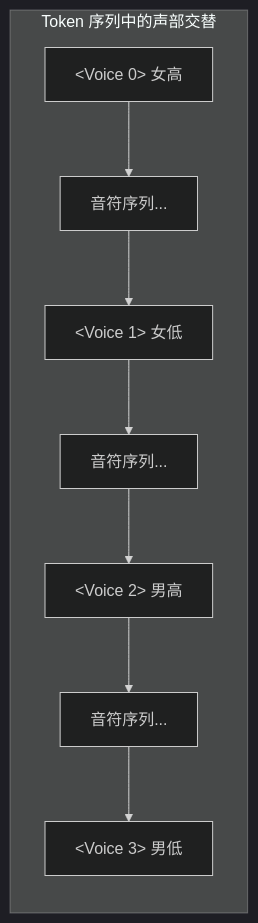
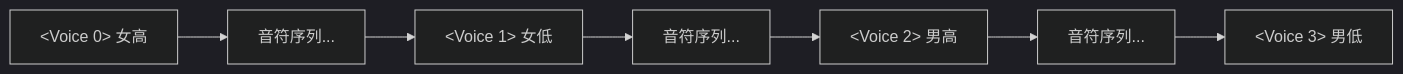
The eighth of 12 diagrams in README.md (Derancarls/Chopinote-AI), drawn with Mermaid (dark theme) before and after one commit. The commit also changed other lines of this file, not shown here.

Commit message:
v0.3.3-pre2: fix Mermaid syntax, remove LMDB/data-pipeline from README

````diff
--- a/README.md
+++ b/README.md
@@ -491,11 +399,9 @@
 ```mermaid
 flowchart LR
-    subgraph "Token 序列中的声部交替"
-        V0["&lt;Voice 0&gt; 女高"] --> N0[音符序列...]
-        N0 --> V1["&lt;Voice 1&gt; 女低"]
-        V1 --> N1[音符序列...]
-        N1 --> V2["&lt;Voice 2&gt; 男高"]
-        V2 --> N2[音符序列...]
-        N2 --> V3["&lt;Voice 3&gt; 男低"]
-    end
+    V0["&lt;Voice 0&gt; 女高"] --> N0["音符序列..."]
+    N0 --> V1["&lt;Voice 1&gt; 女低"]
+    V1 --> N1["音符序列..."]
+    N1 --> V2["&lt;Voice 2&gt; 男高"]
+    V2 --> N2["音符序列..."]
+    N2 --> V3["&lt;Voice 3&gt; 男低"]
 ```
````
